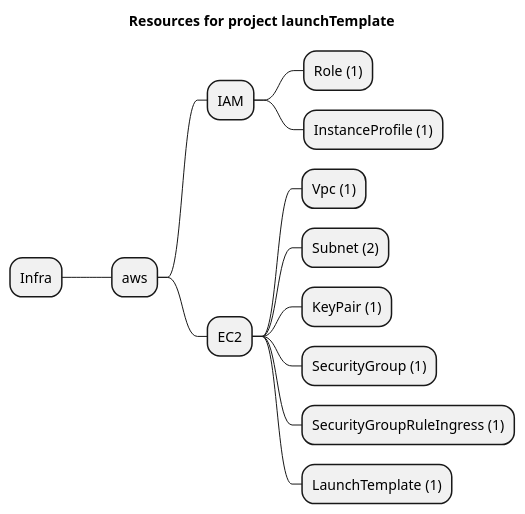
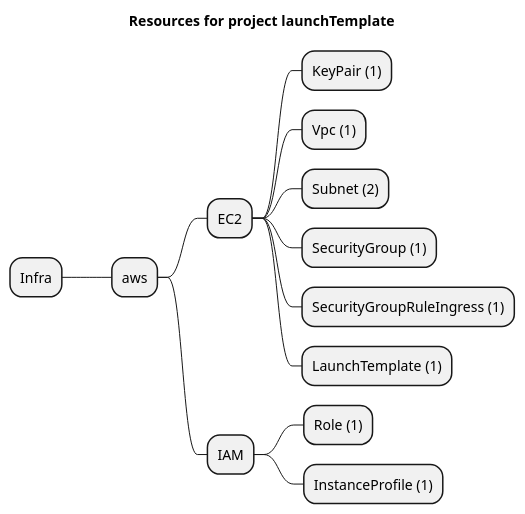
The diagram in examples/aws/ec2/launchTemplate/artifacts/resources-mindmap.puml (grucloud/grucloud), drawn with PlantUML before and after one commit. The commit also changed other lines of this file and 135 other files, not shown here.

```diff
--- a/examples/aws/ec2/launchTemplate/artifacts/resources-mindmap.puml
+++ b/examples/aws/ec2/launchTemplate/artifacts/resources-mindmap.puml
@@ -1,16 +1,16 @@
 @startmindmap
 title Resources for project launchTemplate
 skinparam monochrome true
 + Infra
 ++ aws
++++ EC2
+++++ KeyPair (1)
+++++ Vpc (1)
+++++ Subnet (2)
+++++ SecurityGroup (1)
+++++ SecurityGroupRuleIngress (1)
+++++ LaunchTemplate (1)
 +++ IAM
 ++++ Role (1)
 ++++ InstanceProfile (1)
-+++ EC2
-++++ Vpc (1)
-++++ Subnet (2)
-++++ KeyPair (1)
-++++ SecurityGroup (1)
-++++ SecurityGroupRuleIngress (1)
-++++ LaunchTemplate (1)
 @endmindmap
```
